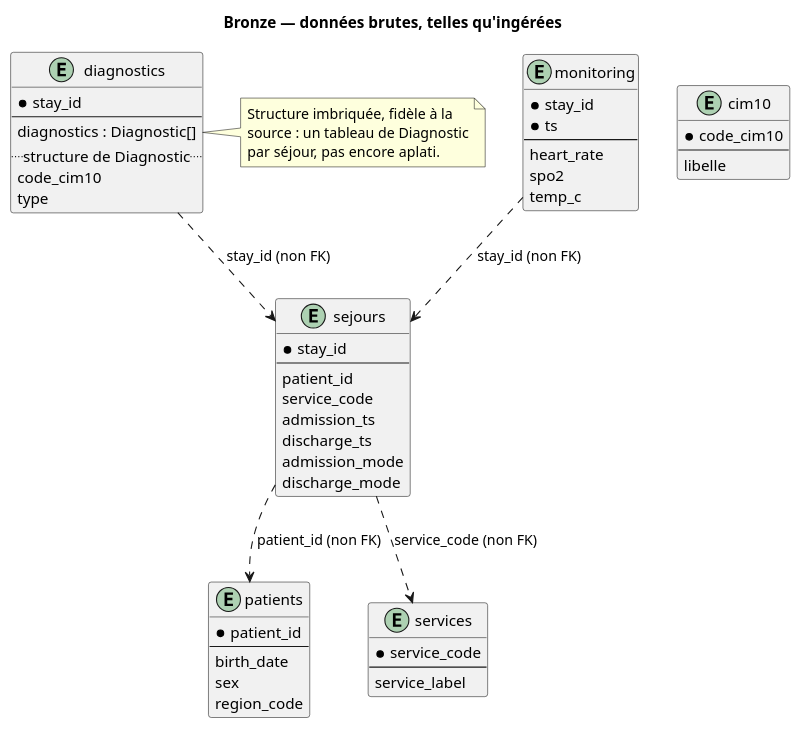
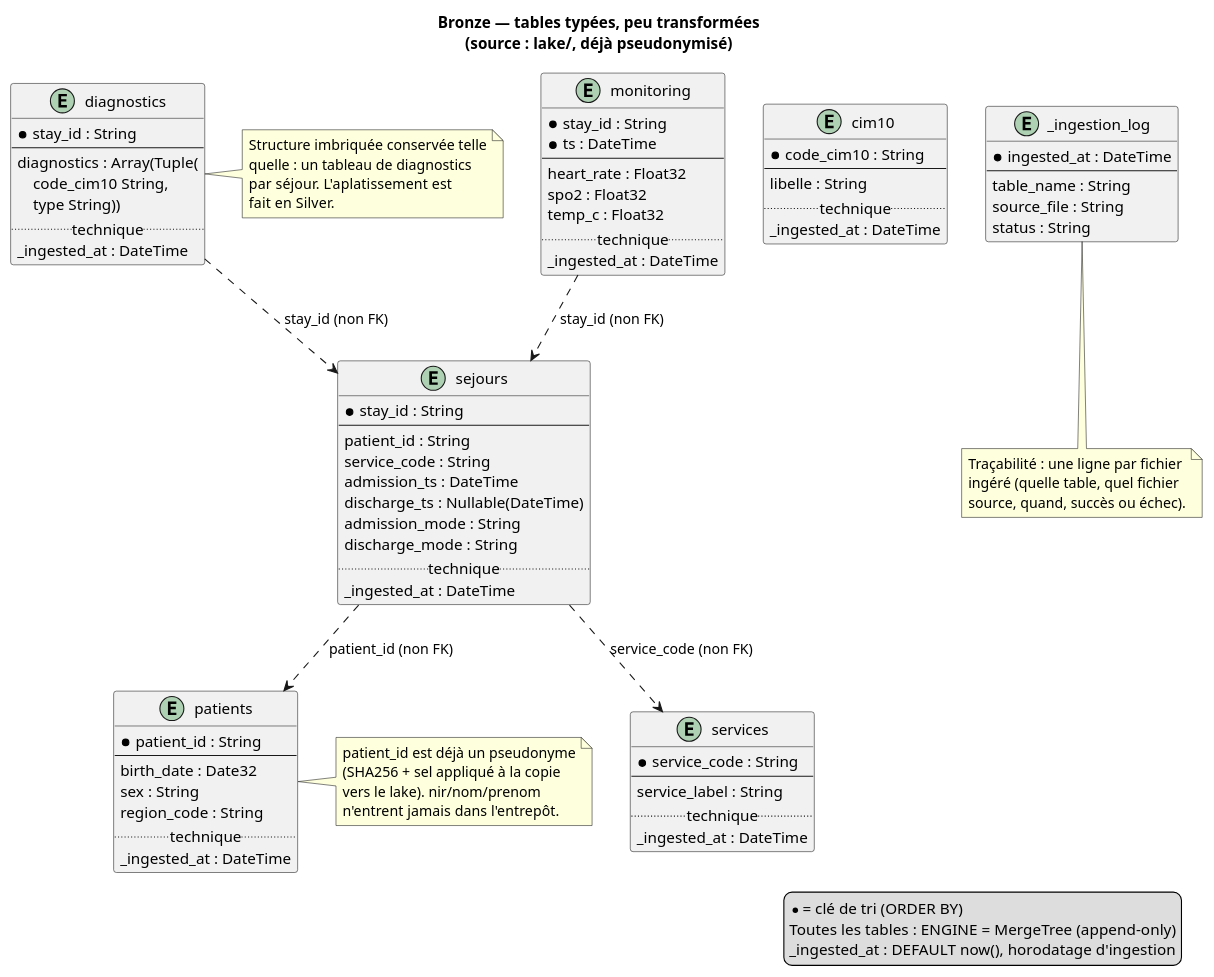
The diagram in diagrams/bronze.puml (Shinobyy/M2-BigData), drawn with PlantUML before and after one commit. The commit also changed 52 other files, not shown here.

Commit message:
Add last ingested log to track data ingestion dates for various categories

```diff
--- a/diagrams/bronze.puml
+++ b/diagrams/bronze.puml
@@ -1,66 +1,104 @@
 @startuml bronze
 
-title Bronze — données brutes, telles qu'ingérées
+title Bronze — tables typées, peu transformées\n(source : lake/, déjà pseudonymisé)
+
+legend right
+  * = clé de tri (ORDER BY)
+  Toutes les tables : ENGINE = MergeTree (append-only)
+  _ingested_at : DEFAULT now(), horodatage d'ingestion
+end legend
 
 entity patients {
-  * patient_id
+  * patient_id : String
   --
-  birth_date
-  sex
-  region_code
+  birth_date : Date32
+  sex : String
+  region_code : String
+  .. technique ..
+  _ingested_at : DateTime
 }
 
 entity sejours {
-  * stay_id
+  * stay_id : String
   --
-  patient_id
-  service_code
-  admission_ts
-  discharge_ts
-  admission_mode
-  discharge_mode
+  patient_id : String
+  service_code : String
+  admission_ts : DateTime
+  discharge_ts : Nullable(DateTime)
+  admission_mode : String
+  discharge_mode : String
+  .. technique ..
+  _ingested_at : DateTime
 }
 
 entity diagnostics {
-  * stay_id
+  * stay_id : String
   --
-  diagnostics : Diagnostic[]
-  .. structure de Diagnostic ..
-  code_cim10
-  type
+  diagnostics : Array(Tuple(\n    code_cim10 String,\n    type String))
+  .. technique ..
+  _ingested_at : DateTime
 }
 
 entity monitoring {
-  * stay_id
-  * ts
+  * stay_id : String
+  * ts : DateTime
   --
-  heart_rate
-  spo2
-  temp_c
+  heart_rate : Float32
+  spo2 : Float32
+  temp_c : Float32
+  .. technique ..
+  _ingested_at : DateTime
 }
 
 entity services {
-  * service_code
+  * service_code : String
   --
-  service_label
+  service_label : String
+  .. technique ..
+  _ingested_at : DateTime
 }
 
 entity cim10 {
-  * code_cim10
+  * code_cim10 : String
   --
-  libelle
+  libelle : String
+  .. technique ..
+  _ingested_at : DateTime
 }
 
-' Relations logiques (non contraintes dans Bronze : source brute non validée)
+entity _ingestion_log {
+  * ingested_at : DateTime
+  --
+  table_name : String
+  source_file : String
+  status : String
+}
+
+' Relations logiques, non contraintes : Bronze accepte la donnée telle quelle,
+' la validation référentielle n'a lieu qu'en Silver.
 sejours ..> patients : patient_id (non FK)
 sejours ..> services : service_code (non FK)
 diagnostics ..> sejours : stay_id (non FK)
 monitoring ..> sejours : stay_id (non FK)
 
+note right of patients
+  patient_id est déjà un pseudonyme
+  (SHA256 + sel appliqué à la copie
+  vers le lake). nir/nom/prenom
+  n'entrent jamais dans l'entrepôt.
+end note
+
 note right of diagnostics
-  Structure imbriquée, fidèle à la
-  source : un tableau de Diagnostic
-  par séjour, pas encore aplati.
+  Structure imbriquée conservée telle
+  quelle : un tableau de diagnostics
+  par séjour. L'aplatissement est
+  fait en Silver.
+end note
+
+note bottom of _ingestion_log
+  Traçabilité : une ligne par fichier
+  ingéré (quelle table, quel fichier
+  source, quand, succès ou échec).
 end note
 
 @enduml
```
